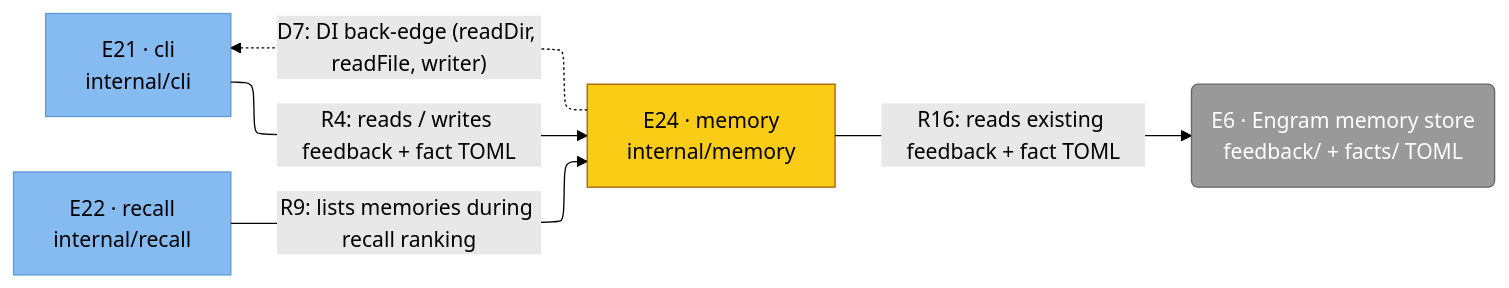
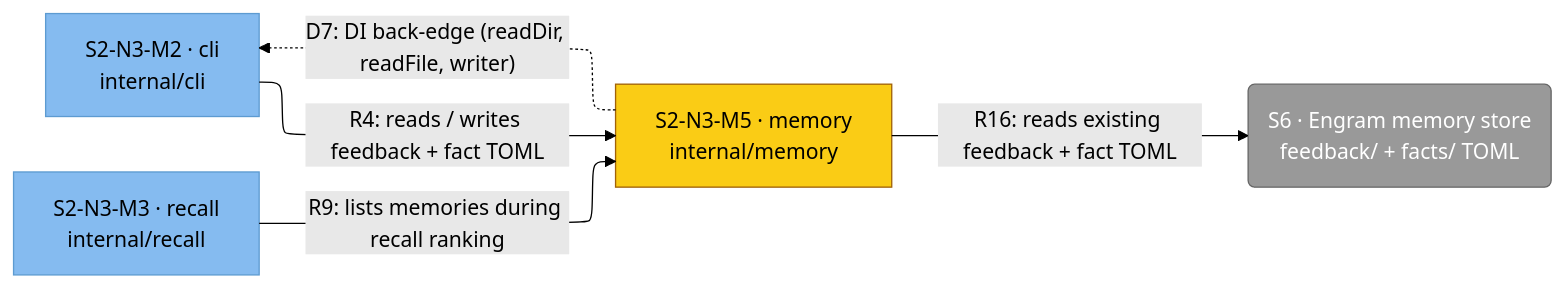
The diagram in architecture/c4/svg/c4-memory.mmd (toejough/engram), drawn with Mermaid (forest theme) before and after one commit. The commit also changed 41 other files, not shown here.

```diff
--- a/architecture/c4/svg/c4-memory.mmd
+++ b/architecture/c4/svg/c4-memory.mmd
@@ -1,21 +1,21 @@
 %%{init: {'flowchart': {'defaultRenderer': 'elk'}}}%%
 flowchart LR
     classDef person      fill:#08427b,stroke:#052e56,color:#fff
     classDef external    fill:#999,   stroke:#666,   color:#fff
     classDef container   fill:#1168bd,stroke:#0b4884,color:#fff
     classDef component   fill:#85bbf0,stroke:#5d9bd1,color:#000
     classDef focus       fill:#facc15,stroke:#a16207,color:#000
 
-    e24["E24 · memory<br/>internal/memory"]
-    e21["E21 · cli<br/>internal/cli"]
-    e22["E22 · recall<br/>internal/recall"]
-    e6("E6 · Engram memory store<br/>feedback/ + facts/ TOML")
+    s2-n3-m5["S2-N3-M5 · memory<br/>internal/memory"]
+    s2-n3-m2["S2-N3-M2 · cli<br/>internal/cli"]
+    s2-n3-m3["S2-N3-M3 · recall<br/>internal/recall"]
+    s6("S6 · Engram memory store<br/>feedback/ + facts/ TOML")
 
-    e21 -->|"R4: reads / writes feedback + fact TOML"| e24
-    e22 -->|"R9: lists memories during recall ranking"| e24
-    e24 -->|"R16: reads existing feedback + fact TOML"| e6
-    e24 -.->|"D7: DI back-edge (readDir, readFile, writer)"| e21
+    s2-n3-m2 -->|"R4: reads / writes feedback + fact TOML"| s2-n3-m5
+    s2-n3-m3 -->|"R9: lists memories during recall ranking"| s2-n3-m5
+    s2-n3-m5 -->|"R16: reads existing feedback + fact TOML"| s6
+    s2-n3-m5 -.->|"D7: DI back-edge (readDir, readFile, writer)"| s2-n3-m2
 
-    class e6 external
-    class e21,e22 component
-    class e24 focus
+    class s6 external
+    class s2-n3-m2,s2-n3-m3 component
+    class s2-n3-m5 focus
```
